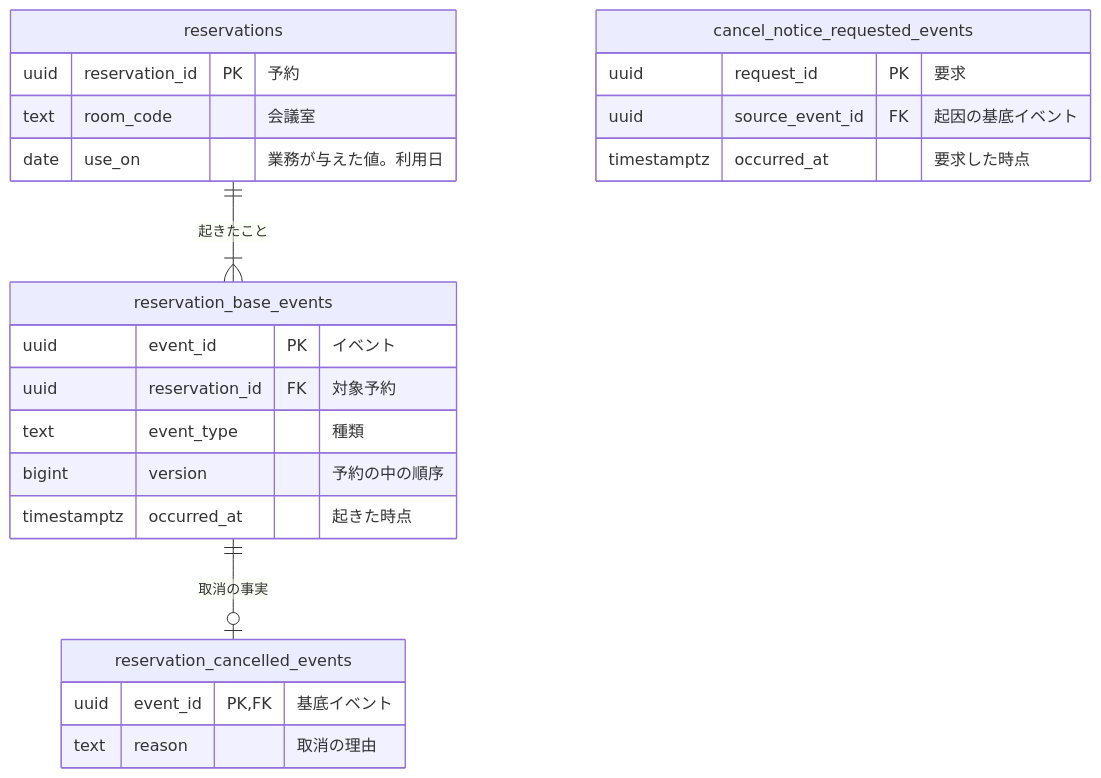
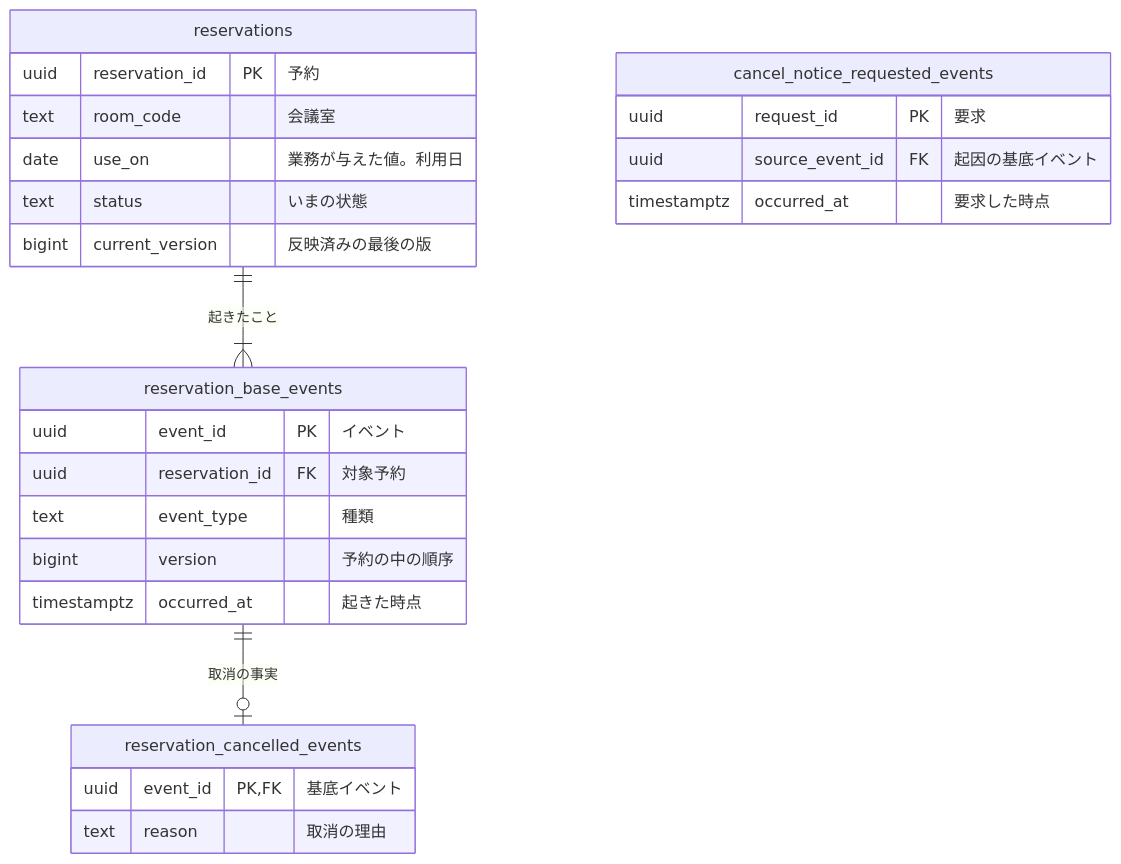
Before and after one commit to nakamori-naoya/bdd-discovery-and-formulation-plugins: the diagram in plugins/bdd-discovery-and-formulation/skills/revise-data-models/fixtures/valid.md, drawn with Mermaid. The commit also changed other lines of this file and 7 other files, not shown here.

First line of the commit message:
feat(data-model): 列の名前（status、current_version、基底イベントの version）を揃えて検査し、技術処理のライフサイクルを Outbox と呼ぶ

````diff
--- a/plugins/bdd-discovery-and-formulation/skills/revise-data-models/fixtures/valid.md
+++ b/plugins/bdd-discovery-and-formulation/skills/revise-data-models/fixtures/valid.md
@@ -14,26 +14,28 @@
 ```mermaid
 erDiagram
     reservations {
         uuid reservation_id PK "予約"
         text room_code "会議室"
         date use_on "業務が与えた値。利用日"
+        text status "いまの状態"
+        bigint current_version "反映済みの最後の版"
     }
     reservation_base_events {
         uuid event_id PK "イベント"
         uuid reservation_id FK "対象予約"
         text event_type "種類"
         bigint version "予約の中の順序"
         timestamptz occurred_at "起きた時点"
     }
     reservation_cancelled_events {
         uuid event_id PK, FK "基底イベント"
         text reason "取消の理由"
     }
     cancel_notice_requested_events {
         uuid request_id PK "要求"
         uuid source_event_id FK "起因の基底イベント"
         timestamptz occurred_at "要求した時点"
     }
     reservations ||--|{ reservation_base_events : "起きたこと"
     reservation_base_events ||--o| reservation_cancelled_events : "取消の事実"
 ```
````
